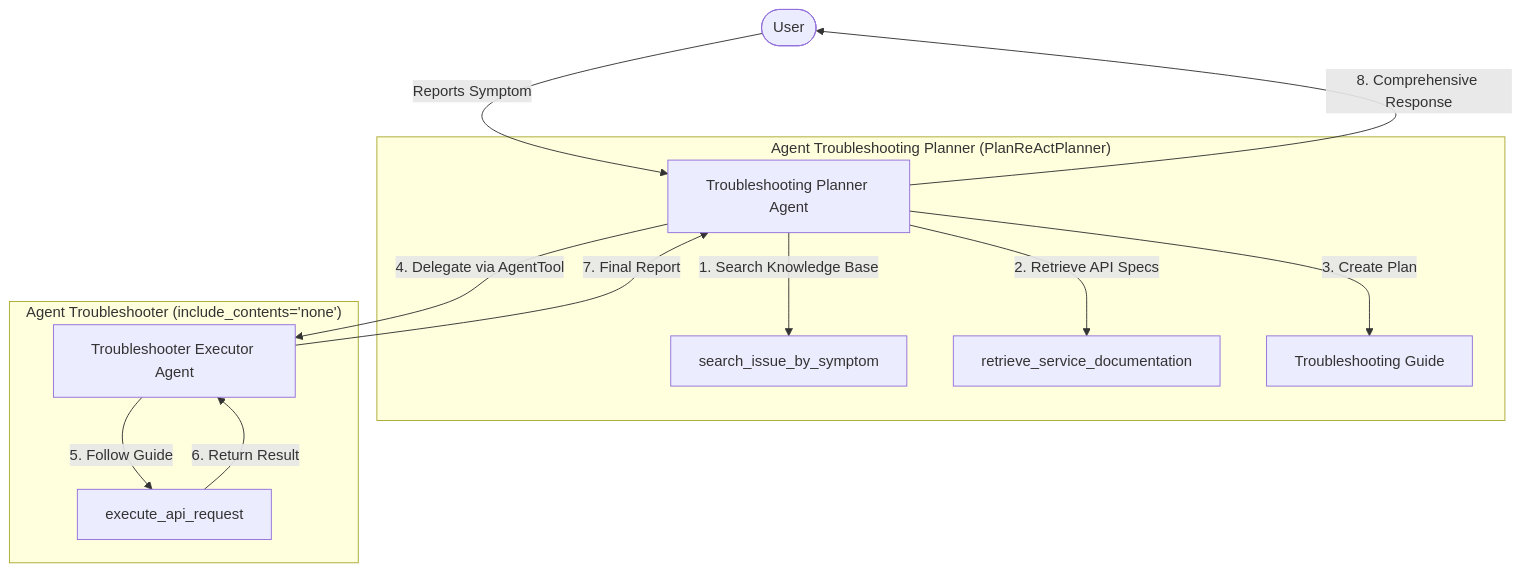
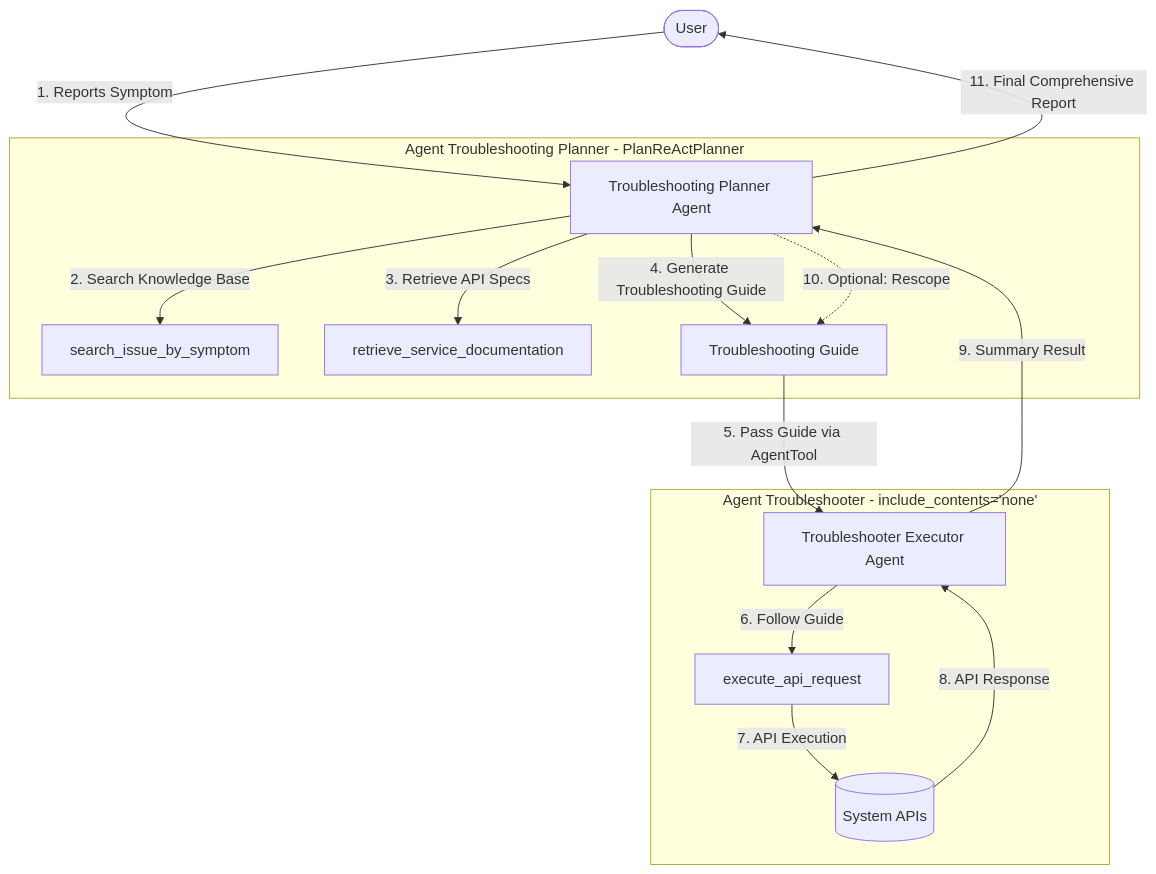
The diagram in src/agent_pd_troubleshooting/README.md (ningxia202109/google-adk-sample), drawn with Mermaid before and after one commit. The commit also changed other lines of this file, not shown here.

````diff
--- a/src/agent_pd_troubleshooting/README.md
+++ b/src/agent_pd_troubleshooting/README.md
@@ -38,16 +38,22 @@
 ```mermaid
 graph TD
-    User([User]) -->|Reports Symptom| Planner[Troubleshooting Planner Agent]
-    subgraph "Agent Troubleshooting Planner (PlanReActPlanner)"
-        Planner -->|1. Search Knowledge Base| Search[search_issue_by_symptom]
-        Planner -->|2. Retrieve API Specs| Docs[retrieve_service_documentation]
-        Planner -->|3. Create Plan| Guide[Troubleshooting Guide]
+    User([User]) -->|1. Reports Symptom| Planner[Troubleshooting Planner Agent]
+    
+    subgraph Planner_Process [Agent Troubleshooting Planner - PlanReActPlanner]
+        Planner -->|2. Search Knowledge Base| Search[search_issue_by_symptom]
+        Planner -->|3. Retrieve API Specs| Docs[retrieve_service_documentation]
+        Planner -->|4. Generate Troubleshooting Guide| Guide[Troubleshooting Guide]
     end
-    Planner -->|4. Delegate via AgentTool| Executor[Troubleshooter Executor Agent]
-    subgraph "Agent Troubleshooter (include_contents='none')"
-        Executor -->|5. Follow Guide| API[execute_api_request]
-        API -->|6. Return Result| Executor
+    
+    Guide -->|5. Pass Guide via AgentTool| Executor[Troubleshooter Executor Agent]
+    
+    subgraph Executor_Process [Agent Troubleshooter - include_contents='none']
+        Executor -->|6. Follow Guide| API[execute_api_request]
+        API -->|7. API Execution| System[(System APIs)]
+        System -->|8. API Response| Executor
     end
-    Executor -->|7. Final Report| Planner
-    Planner -->|8. Comprehensive Response| User
+    
+    Executor -->|9. Summary Result| Planner
+    Planner -.->|10. Optional: Rescope| Guide
+    Planner -->|11. Final Comprehensive Report| User
 ```
````
